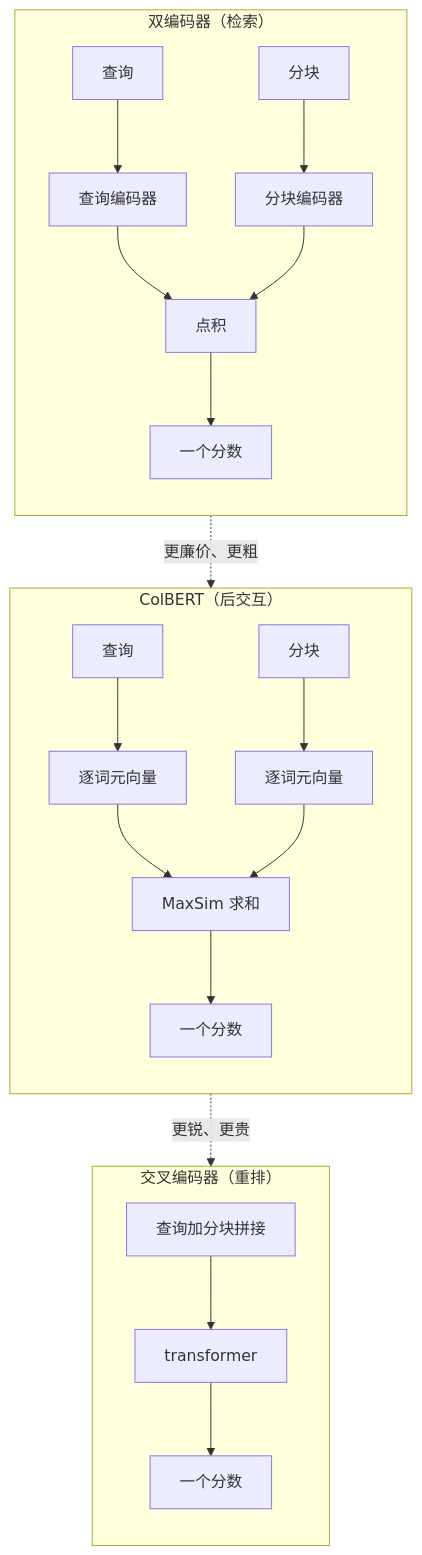
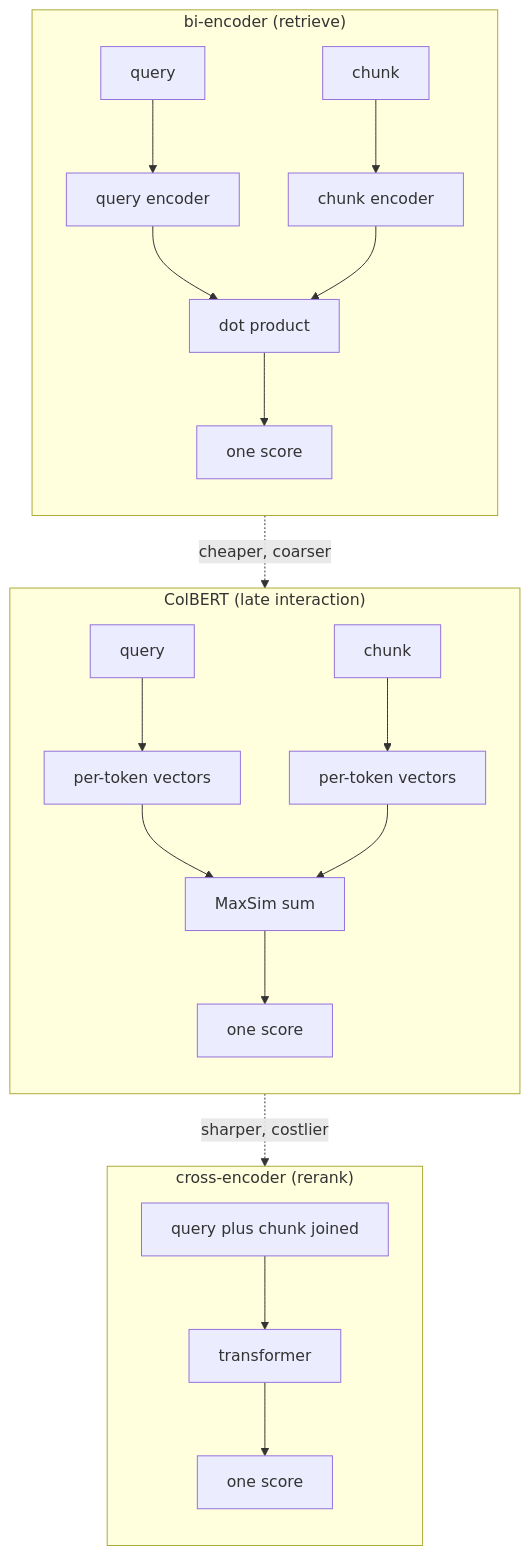
One commit to latere-ai/ai-as-an-infrastructure changed the first of 3 diagrams in zh/p5-orchestration/25-rag-retrieval.qmd. Above: the diagram before and after it, drawn with Mermaid. The commit also changed other lines of this file and 106 other files, not shown here.

````diff
--- a/zh/p5-orchestration/25-rag-retrieval.qmd
+++ b/zh/p5-orchestration/25-rag-retrieval.qmd
@@ -106,28 +64,28 @@
 ```{mermaid}
 %%| label: fig-rag-interaction
-%%| fig-cap: "三种检索架构，按查询与分块交互的位置排列。双编码器只在最终的点积处让它们相遇，于是分块向量可离线预计算、检索廉价。交叉编码器在输入处就融合它们，精确但必须逐对运行。ColBERT 保留逐词元向量，经 MaxSim 做后交互，介于两者之间。"
+%%| fig-cap: "三种检索架构，按查询与分块交互的位置排列。双编码器只在最终的点积处让它们相遇，于是分块向量可以离线预计算，检索很廉价。交叉编码器在输入处就融合它们，精确，但必须逐对运行。ColBERT 保留逐词元向量，经 MaxSim 做后交互，介于两者之间。"
 flowchart TB
-  subgraph BI["双编码器（检索）"]
+  subgraph BI["bi-encoder (retrieve)"]
     direction TB
-    bq[查询] --> beq[查询编码器]
-    bc[分块] --> bec[分块编码器]
-    beq --> bdot["点积"]
+    bq[query] --> beq[query encoder]
+    bc[chunk] --> bec[chunk encoder]
+    beq --> bdot["dot product"]
     bec --> bdot
-    bdot --> bs["一个分数"]
+    bdot --> bs["one score"]
   end
-  subgraph LATE["ColBERT（后交互）"]
+  subgraph LATE["ColBERT (late interaction)"]
     direction TB
-    lq[查询] --> leq[逐词元向量]
-    lc[分块] --> lec[逐词元向量]
-    leq --> lmax["MaxSim 求和"]
+    lq[query] --> leq[per-token vectors]
+    lc[chunk] --> lec[per-token vectors]
+    leq --> lmax["MaxSim sum"]
     lec --> lmax
-    lmax --> ls["一个分数"]
+    lmax --> ls["one score"]
   end
-  subgraph CROSS["交叉编码器（重排）"]
+  subgraph CROSS["cross-encoder (rerank)"]
     direction TB
-    cqc["查询加分块拼接"] --> ctf[transformer]
-    ctf --> cs["一个分数"]
+    cqc["query plus chunk joined"] --> ctf[transformer]
+    ctf --> cs["one score"]
   end
-  BI -.->|"更廉价、更粗"| LATE
-  LATE -.->|"更锐、更贵"| CROSS
+  BI -.->|"cheaper, coarser"| LATE
+  LATE -.->|"sharper, costlier"| CROSS
 ```
````
